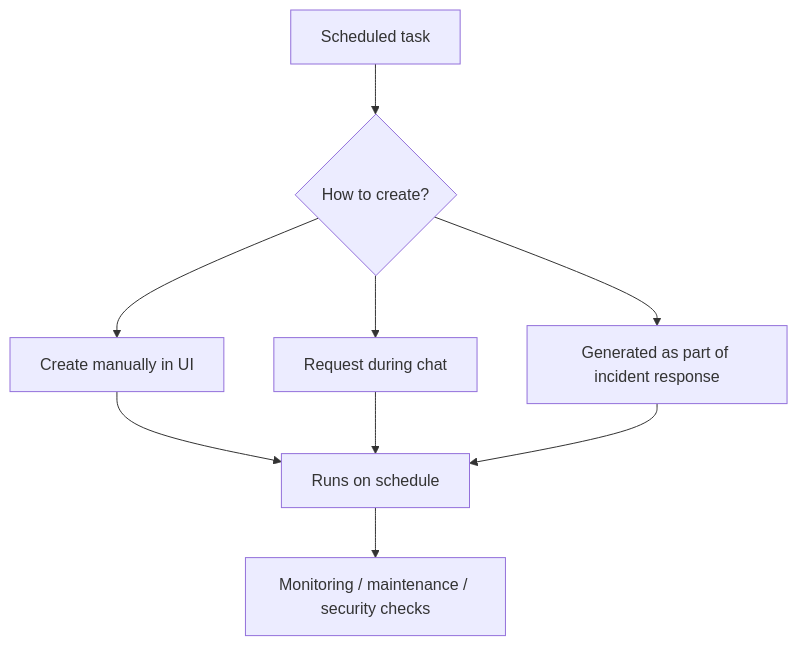
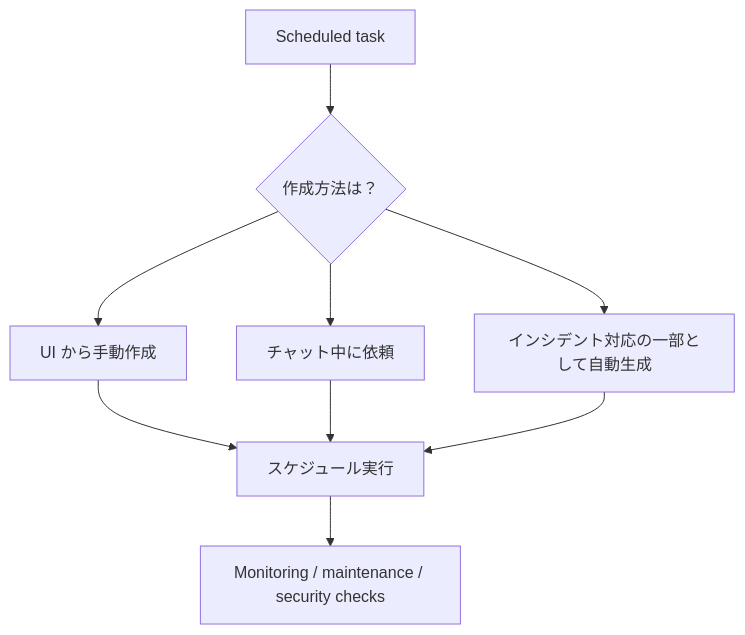
Before and after one commit to TakumiSeo/Tech-BLOG: the sixth of 12 diagrams in content/posts/ja-jp/sre-agent-planning.md, drawn with Mermaid. The commit also changed other lines of this file, not shown here.

````diff
--- a/content/posts/ja-jp/sre-agent-planning.md
+++ b/content/posts/ja-jp/sre-agent-planning.md
@@ -276,13 +276,13 @@
 ```mermaid
 flowchart TD
-  A[Scheduled task] --> B{How to create?}
-  B --> UI[Create manually in UI]
-  B --> Chat[Request during chat]
-  B --> IRP[Generated as part of incident response]
+  A["Scheduled task"] --> B{"作成方法は？"}
+  B --> UI["UI から手動作成"]
+  B --> Chat["チャット中に依頼"]
+  B --> IRP["インシデント対応の一部として自動生成"]
 
-  UI --> Exec[Runs on schedule]
+  UI --> Exec["スケジュール実行"]
   Chat --> Exec
   IRP --> Exec
 
-  Exec --> Out[Monitoring / maintenance / security checks]
+  Exec --> Out["Monitoring / maintenance / security checks"]
 ```
````
